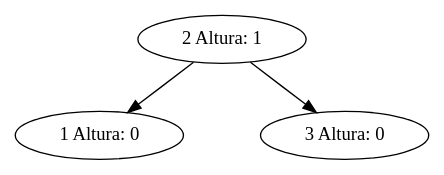
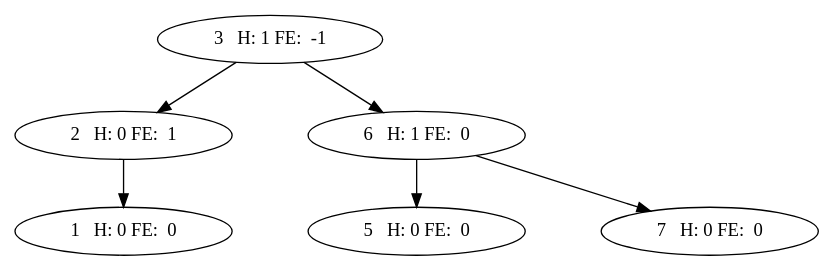
One commit to oscarc99/EDD_DIC_2019_PY2_201709140- changed the diagram in src/Imagenes/AVLTree.dot. Above: the diagram before and after it, drawn with Graphviz. The commit also changed 63 other files, not shown here.

```diff
--- a/src/Imagenes/AVLTree.dot
+++ b/src/Imagenes/AVLTree.dot
@@ -1,16 +1,22 @@
 digraph G { 
 
 nodesep=0.8;
 
 ranksep=0.5;
 
 
   
-1[label=" 1 Altura: 0" ];
+1[label=" 1   H: 0 FE:  0 "     ];
 2->1; 
-3[label=" 3 Altura: 0" ];
-2->3; 
-2[label=" 2 Altura: 1" ];
+2[label=" 2   H: 0 FE:  1 "     ];
+3->2; 
+5[label=" 5   H: 0 FE:  0 "     ];
+6->5; 
+7[label=" 7   H: 0 FE:  0 "     ];
+6->7; 
+6[label=" 6   H: 1 FE:  0 "     ];
+3->6; 
+3[label=" 3   H: 1 FE:  -1 "     ];
 
 
 }
```
